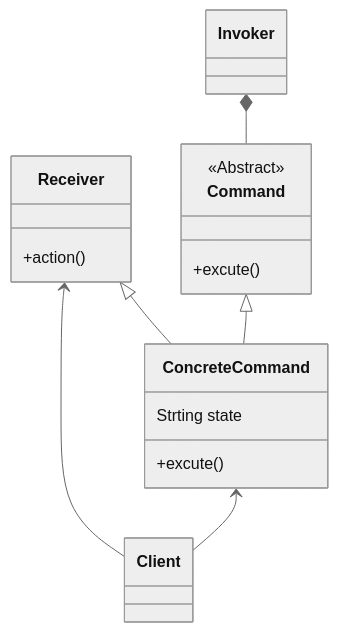
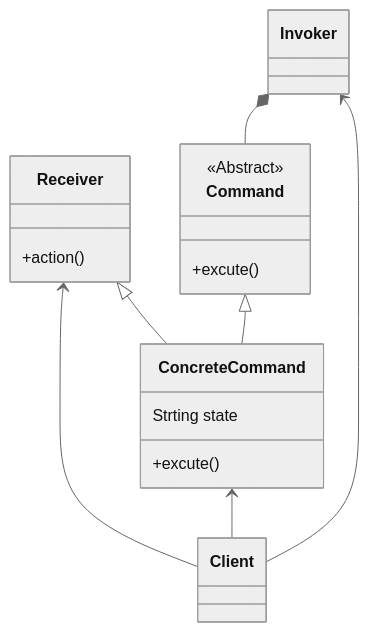
One commit to AhmedGharib0014/design_pattern_practice changed the diagram in design_pattern_practice/src/behavioral/command/readme.md. Above: the diagram before and after it, drawn with Mermaid (neutral theme).

Commit message:
fix: command pattern uml

````diff
--- a/design_pattern_practice/src/behavioral/command/readme.md
+++ b/design_pattern_practice/src/behavioral/command/readme.md
@@ -14,23 +14,24 @@
 ```mermaid
  classDiagram
     Receiver <-- Client
     ConcreteCommand <--Client
+    Invoker <--Client
     Receiver <|-- ConcreteCommand
     Invoker *-- Command
     Command <|-- ConcreteCommand
     
     class Command {
          <<Abstract>>
         +excute()
     }
     
     class ConcreteCommand {
         Strting state
         +excute()
     } 
     
     class Receiver {
         +action()
     } 
     
 ```
````
